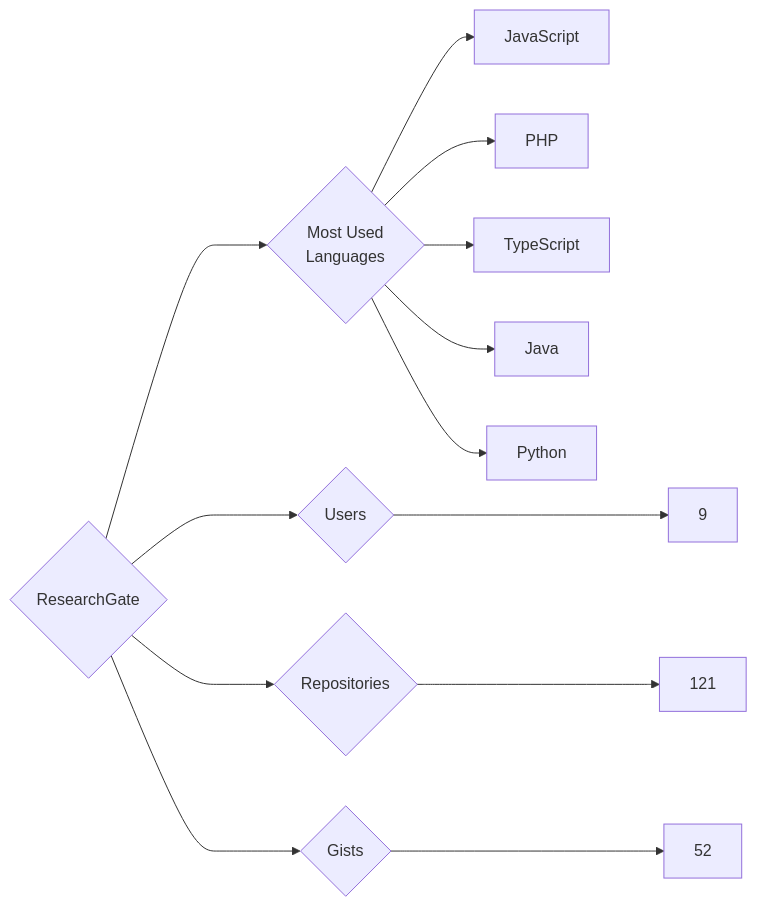
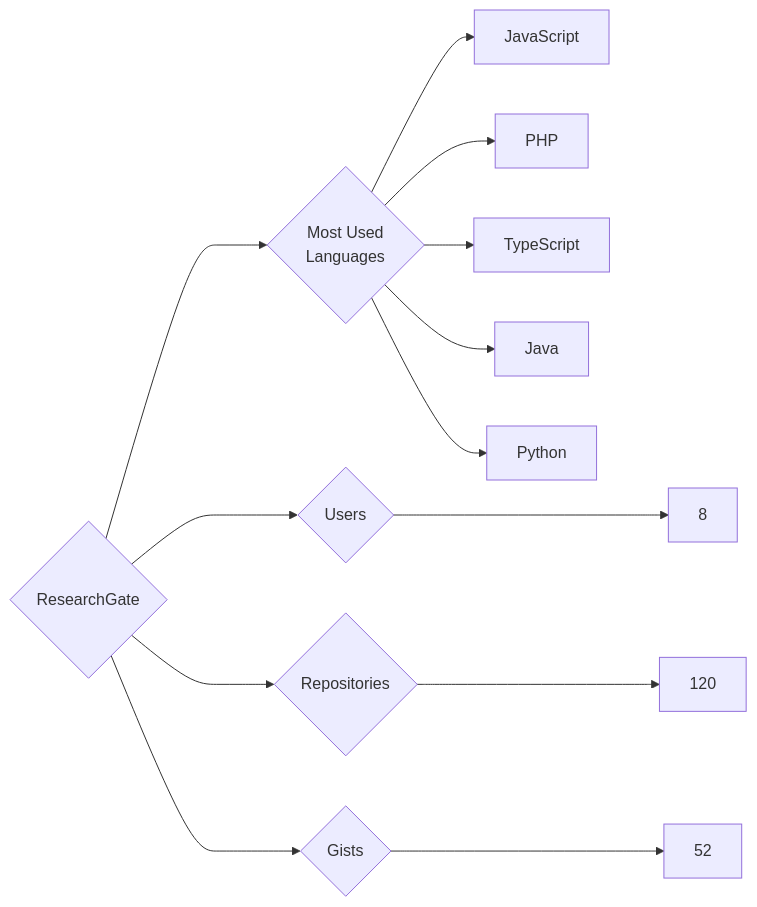
Before and after one commit to trickest/insiders: the diagram in targets/ResearchGate/README.md, drawn with Mermaid. The commit also changed 787 other files, not shown here.

````diff
--- a/targets/ResearchGate/README.md
+++ b/targets/ResearchGate/README.md
@@ -3,13 +3,13 @@
 ```mermaid
 graph LR
 COMPANY_NAME{ResearchGate}
-COMPANY_NAME ---> U{Users} ---> UN[9]
-COMPANY_NAME ---> R{Repositories} ---> RN[121]
+COMPANY_NAME ---> U{Users} ---> UN[8]
+COMPANY_NAME ---> R{Repositories} ---> RN[120]
 COMPANY_NAME ---> G{Gists} ---> GN[52]
 COMPANY_NAME ---> ML{Most Used<br>Languages}
 ML --> JavaScript[JavaScript]
 ML --> PHP[PHP]
 ML --> TypeScript[TypeScript]
 ML --> Java[Java]
 ML --> Python[Python]
 ```
````
